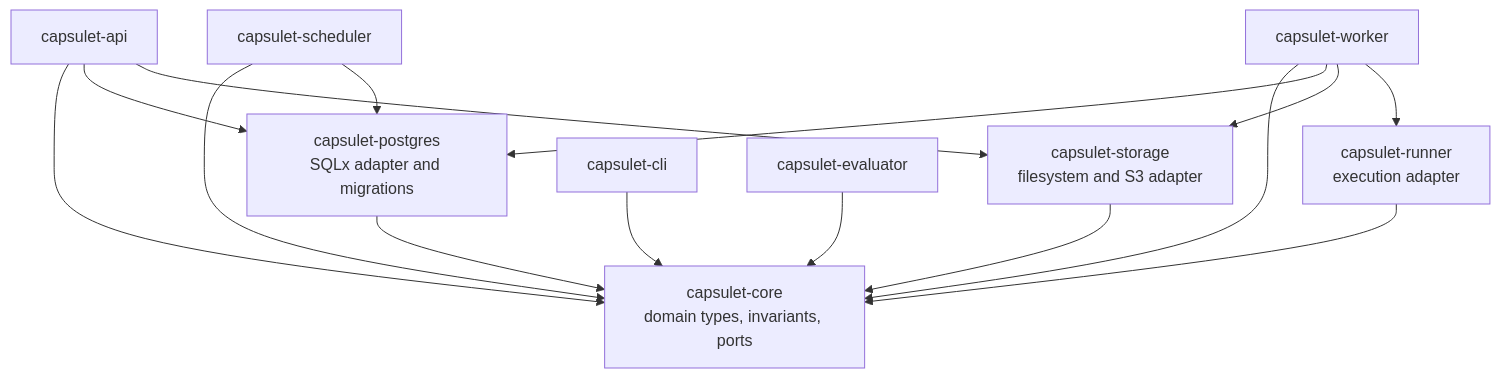
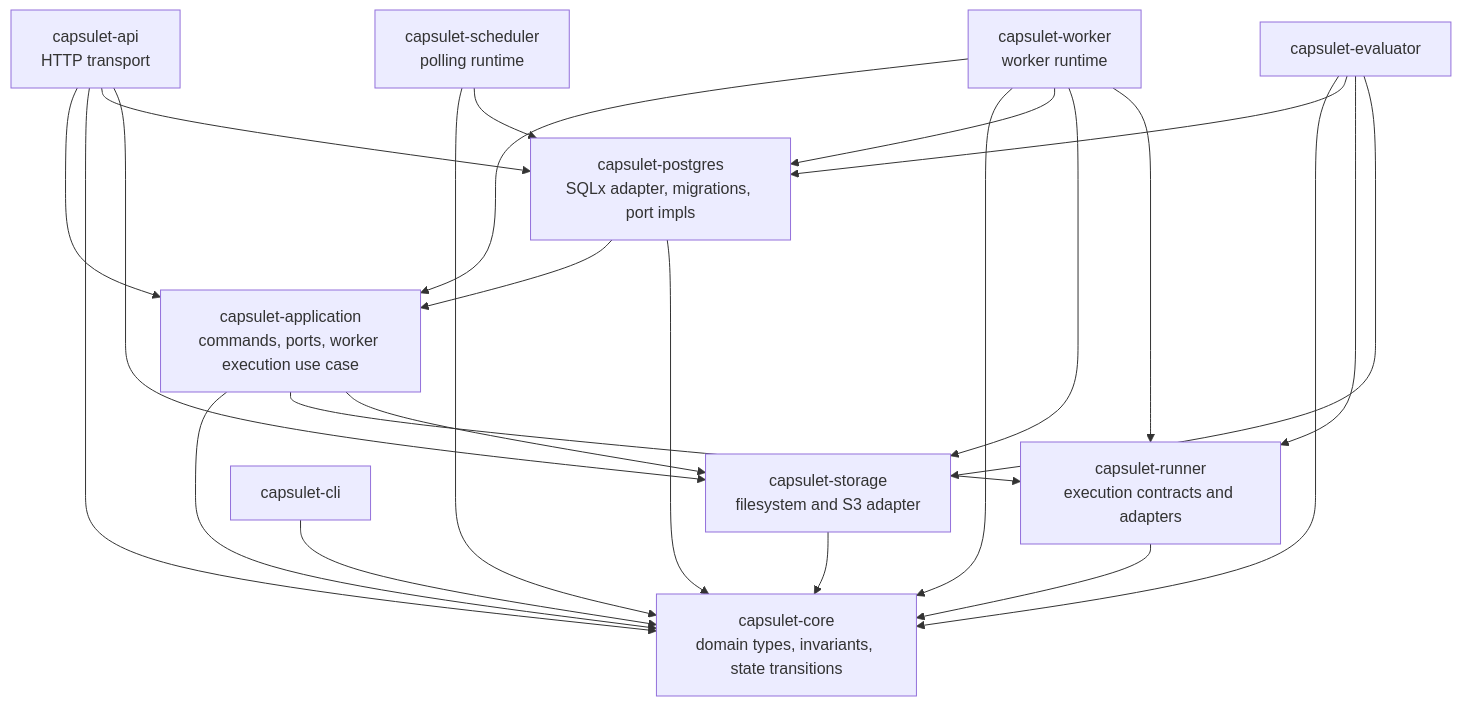
Before and after one commit to mohripan/capsulet: the second of 6 diagrams in ARCHITECTURE.md, drawn with Mermaid. The commit also changed other lines of this file and 27 other files, not shown here.

````diff
--- a/ARCHITECTURE.md
+++ b/ARCHITECTURE.md
@@ -101,27 +102,37 @@
 ```mermaid
 flowchart TD
-    core[capsulet-core<br/>domain types, invariants, ports]
-    postgres[capsulet-postgres<br/>SQLx adapter and migrations]
+    core[capsulet-core<br/>domain types, invariants, state transitions]
+    app[capsulet-application<br/>commands, ports, worker execution use case]
+    postgres[capsulet-postgres<br/>SQLx adapter, migrations, port impls]
     storage[capsulet-storage<br/>filesystem and S3 adapter]
-    runner[capsulet-runner<br/>execution adapter]
-    api[capsulet-api]
-    scheduler[capsulet-scheduler]
-    worker[capsulet-worker]
+    runner[capsulet-runner<br/>execution contracts and adapters]
+    api[capsulet-api<br/>HTTP transport]
+    scheduler[capsulet-scheduler<br/>polling runtime]
+    worker[capsulet-worker<br/>worker runtime]
     cli[capsulet-cli]
     evaluator[capsulet-evaluator]
 
+    app --> core
+    app --> runner
+    app --> storage
+    postgres --> app
     postgres --> core
     storage --> core
     runner --> core
+    api --> app
     api --> core
     api --> postgres
     api --> storage
     scheduler --> core
     scheduler --> postgres
+    worker --> app
     worker --> core
     worker --> postgres
     worker --> storage
     worker --> runner
     cli --> core
     evaluator --> core
+    evaluator --> postgres
+    evaluator --> runner
+    evaluator --> storage
 ```
````
